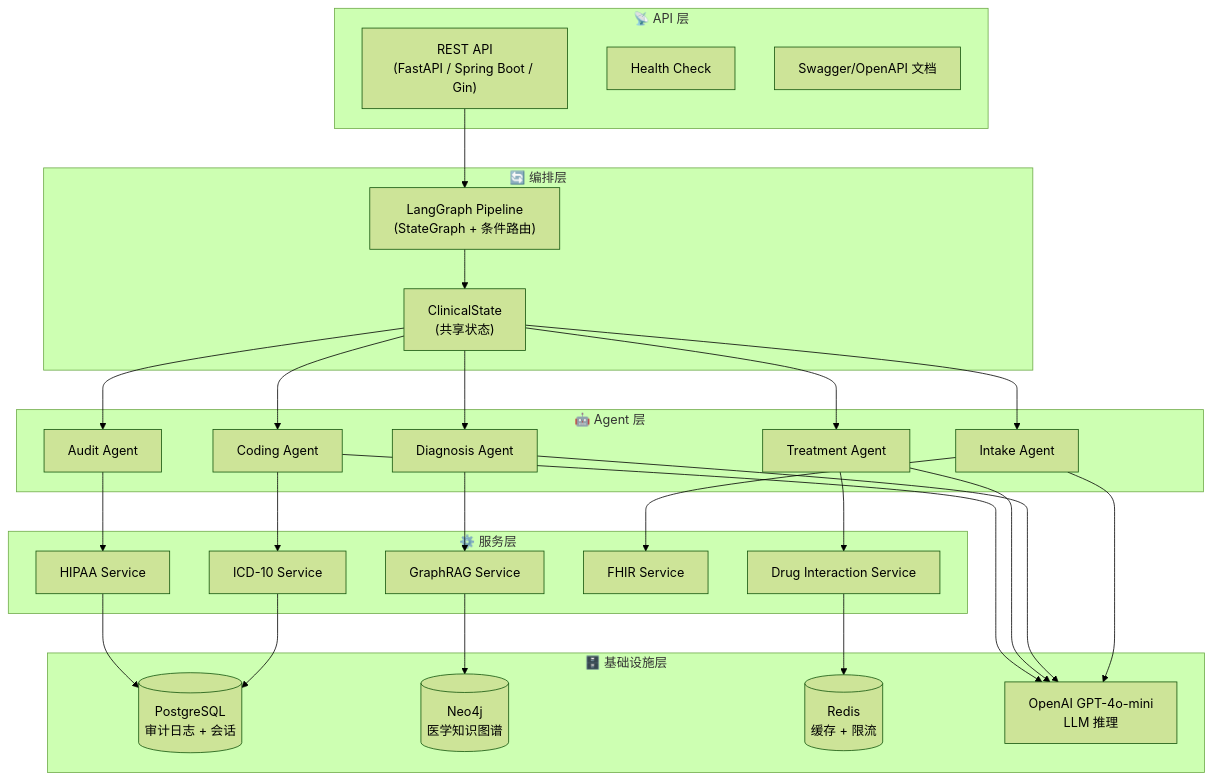
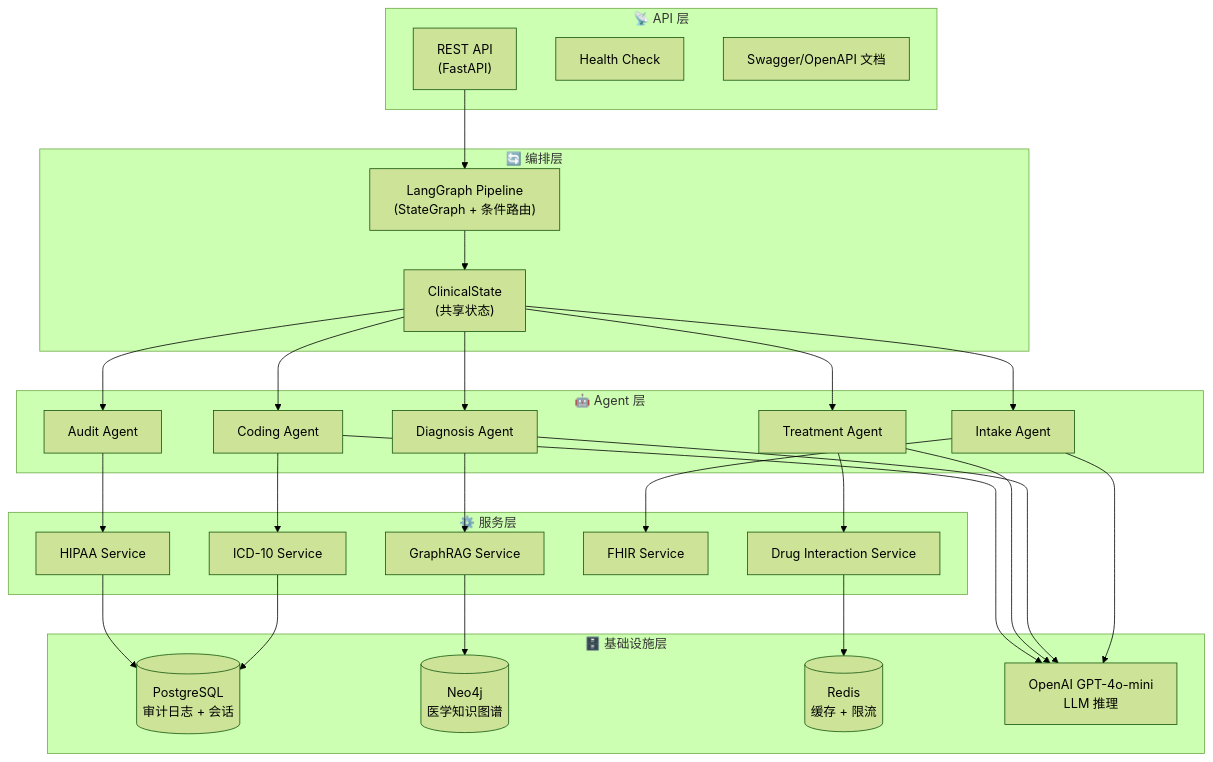
The second of 3 diagrams in README.md (HenryVarro666/Medical-Multi-Agent-System), drawn with Mermaid (forest theme) before and after one commit. The commit also changed other lines of this file and 33 other files, not shown here.

First line of the commit message:
Wire GraphRAG/DDI into pipeline, add retry guard + eval harness; run eval on local vLLM

````diff
--- a/README.md
+++ b/README.md
@@ -155,50 +160,50 @@
 ```mermaid
 graph TB
     subgraph API["📡 API 层"]
-        REST["REST API<br/>(FastAPI / Spring Boot / Gin)"]
+        REST["REST API<br/>(FastAPI)"]
         Health["Health Check"]
         Docs["Swagger/OpenAPI 文档"]
     end
 
     subgraph Orchestration["🔄 编排层"]
         LG["LangGraph Pipeline<br/>(StateGraph + 条件路由)"]
         State["ClinicalState<br/>(共享状态)"]
     end
 
     subgraph Agents["🤖 Agent 层"]
         A1["Intake Agent"]
         A2["Diagnosis Agent"]
         A3["Treatment Agent"]
         A4["Coding Agent"]
         A5["Audit Agent"]
     end
 
     subgraph Services["⚙️ 服务层"]
         S1["GraphRAG Service"]
         S2["ICD-10 Service"]
         S3["Drug Interaction Service"]
         S4["FHIR Service"]
         S5["HIPAA Service"]
     end
 
     subgraph Infra["🗄️ 基础设施层"]
         PG[("PostgreSQL<br/>审计日志 + 会话")]
         Neo[("Neo4j<br/>医学知识图谱")]
         Redis[("Redis<br/>缓存 + 限流")]
         LLM["OpenAI GPT-4o-mini<br/>LLM 推理"]
     end
 
     REST --> LG
     LG --> State
     State --> A1 & A2 & A3 & A4 & A5
     A1 --> S4
     A2 --> S1
     A3 --> S3
     A4 --> S2
     A5 --> S5
     S1 --> Neo
     S2 --> PG
     S5 --> PG
     A1 & A2 & A3 & A4 --> LLM
     S3 --> Redis
 ```
````
